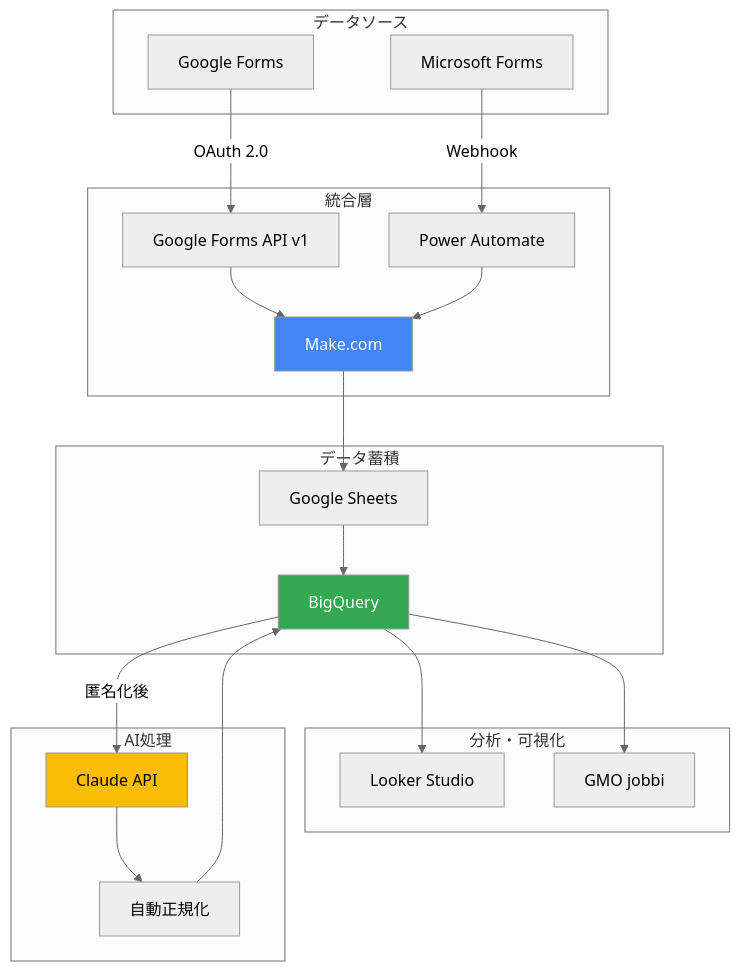
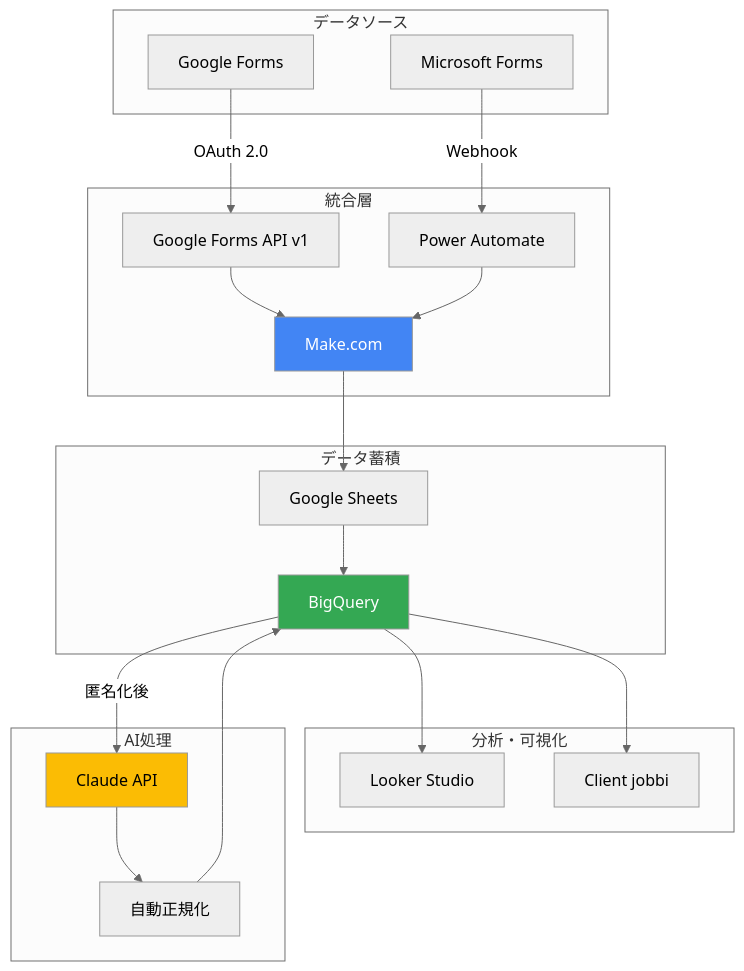
One commit to akira882/GoogleForms-MicrosoftForm_Integration_Project changed the second of 2 diagrams in README.md. Above: the diagram before and after it, drawn with Mermaid (neutral theme). The commit also changed other lines of this file and 19 other files, not shown here.

````diff
--- a/README.md
+++ b/README.md
@@ -230,44 +230,44 @@
 ```mermaid
 graph TB
     subgraph "データソース"
         A[Google Forms]
         B[Microsoft Forms]
     end
 
     subgraph "統合層"
         C[Google Forms API v1]
         D[Power Automate]
         E[Make.com]
     end
 
     subgraph "データ蓄積"
         F[Google Sheets]
         G[BigQuery]
     end
 
     subgraph "分析・可視化"
         H[Looker Studio]
-        I[GMO jobbi]
+        I[Client jobbi]
     end
 
     subgraph "AI処理"
         J[Claude API]
         K[自動正規化]
     end
 
     A -->|OAuth 2.0| C
     B -->|Webhook| D
     C --> E
     D --> E
     E --> F
     F --> G
     G --> H
     G --> I
     G -->|匿名化後| J
     J --> K
     K --> G
 
     style E fill:#4285F4,color:#fff
     style G fill:#34A853,color:#fff
     style J fill:#fbbc04,color:#000
 ```
````
